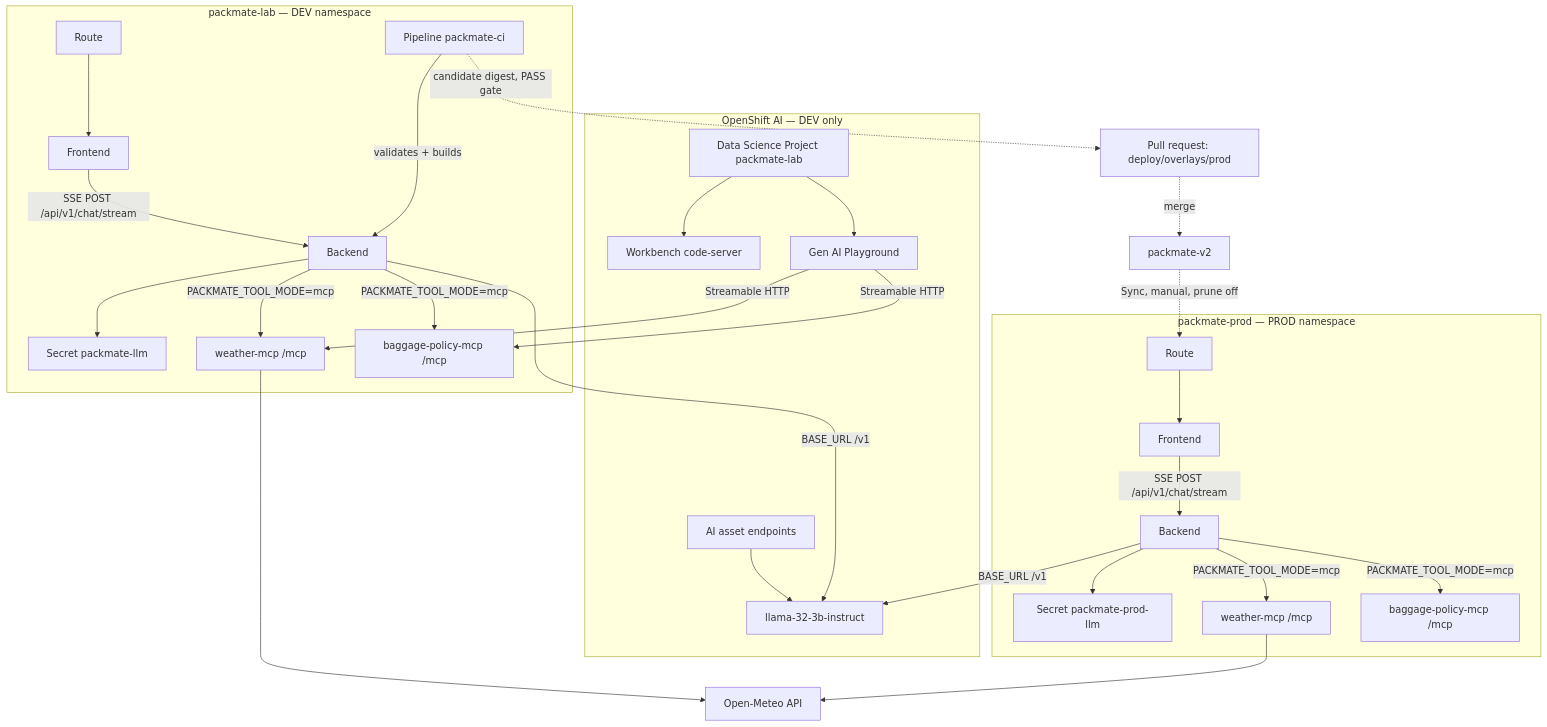
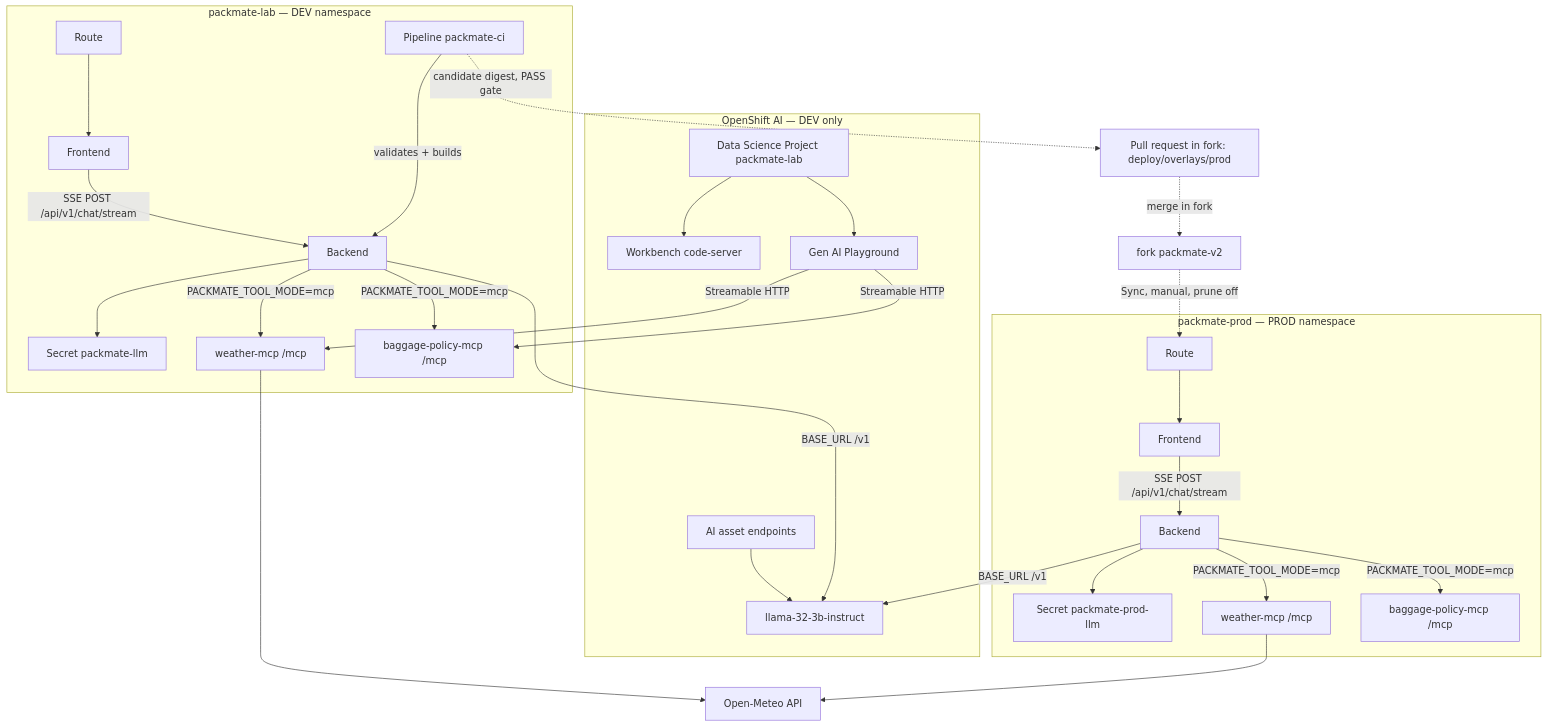
One commit to Lindagh1/packmate-agent changed the first of 2 diagrams in docs/ARCHITECTURE.md. Above: the diagram before and after it, drawn with Mermaid. The commit also changed other lines of this file and 9 other files, not shown here.

````diff
--- a/docs/ARCHITECTURE.md
+++ b/docs/ARCHITECTURE.md
@@ -25,40 +38,40 @@
 ```mermaid
 flowchart TB
   subgraph oai [OpenShift AI — DEV only]
     DSP[Data Science Project packmate-lab]
     WB[Workbench code-server]
     Playground[Gen AI Playground]
     Assets[AI asset endpoints]
     DSP --> WB
     DSP --> Playground
     Assets --> Model[llama-32-3b-instruct]
   end
   subgraph dev [packmate-lab — DEV namespace]
     RouteDev[Route] --> FrontendDev[Frontend]
     FrontendDev -->|SSE POST /api/v1/chat/stream| BackendDev[Backend]
     BackendDev --> SecretDev[Secret packmate-llm]
     WeatherMCP[weather-mcp /mcp]
     BaggageMCP[baggage-policy-mcp /mcp]
     BackendDev -->|PACKMATE_TOOL_MODE=mcp| WeatherMCP
     BackendDev -->|PACKMATE_TOOL_MODE=mcp| BaggageMCP
     Playground -->|Streamable HTTP| WeatherMCP
     Playground -->|Streamable HTTP| BaggageMCP
     Pipeline[Pipeline packmate-ci] -->|validates + builds| BackendDev
   end
   subgraph prod [packmate-prod — PROD namespace]
     RouteProd[Route] --> FrontendProd[Frontend]
     FrontendProd -->|SSE POST /api/v1/chat/stream| BackendProd[Backend]
     BackendProd --> SecretProd[Secret packmate-prod-llm]
     WeatherMCPProd[weather-mcp /mcp]
     BaggageMCPProd[baggage-policy-mcp /mcp]
     BackendProd -->|PACKMATE_TOOL_MODE=mcp| WeatherMCPProd
     BackendProd -->|PACKMATE_TOOL_MODE=mcp| BaggageMCPProd
   end
   BackendDev -->|BASE_URL /v1| Model
   BackendProd -->|BASE_URL /v1| Model
   WeatherMCP --> OpenMeteo[Open-Meteo API]
   WeatherMCPProd --> OpenMeteo
-  Pipeline -.->|"candidate digest, PASS gate"| PR[Pull request: deploy/overlays/prod]
-  PR -.->|merge| Git[packmate-v2]
+  Pipeline -.->|"candidate digest, PASS gate"| PR[Pull request in fork: deploy/overlays/prod]
+  PR -.->|merge in fork| Git[fork packmate-v2]
   Git -.->|Sync, manual, prune off| RouteProd
 ```
````
